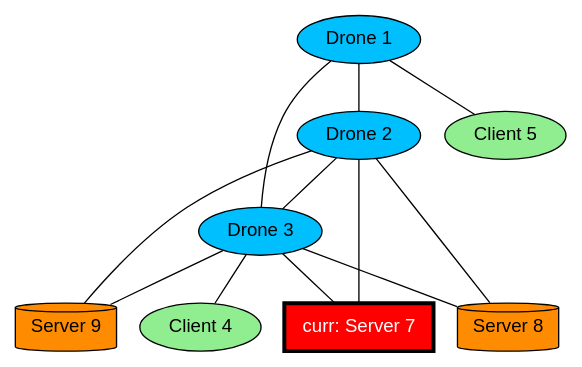
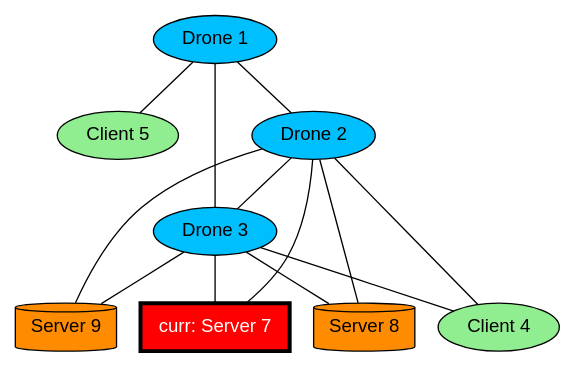
One commit to Beto-prog/Lab_progAvanzata changed the diagram in codice/network_init/grafo.dot. Above: the diagram before and after it, drawn with Graphviz. The commit also changed 2 other files, not shown here.

```diff
--- a/codice/network_init/grafo.dot
+++ b/codice/network_init/grafo.dot
@@ -1,22 +1,23 @@
 graph G {
     node [fontname=Helvetica];
+    1 [label="Drone 1", fillcolor=deepskyblue, shape=ellipse, style=filled, penwidth=1, fontcolor=black];
+    5 [label="Client 5", fillcolor=lightgreen, shape=oval, style=filled, penwidth=1, fontcolor=black];
+    7 [label="curr: Server 7", fillcolor=red, shape=box, style=filled, penwidth=3, fontcolor=white];
+    8 [label="Server 8", fillcolor=darkorange, shape=cylinder, style=filled, penwidth=1, fontcolor=black];
+    2 [label="Drone 2", fillcolor=deepskyblue, shape=ellipse, style=filled, penwidth=1, fontcolor=black];
+    4 [label="Client 4", fillcolor=lightgreen, shape=oval, style=filled, penwidth=1, fontcolor=black];
     9 [label="Server 9", fillcolor=darkorange, shape=cylinder, style=filled, penwidth=1, fontcolor=black];
-    7 [label="curr: Server 7", fillcolor=red, shape=box, style=filled, penwidth=3, fontcolor=white];
-    1 [label="Drone 1", fillcolor=deepskyblue, shape=ellipse, style=filled, penwidth=1, fontcolor=black];
     3 [label="Drone 3", fillcolor=deepskyblue, shape=ellipse, style=filled, penwidth=1, fontcolor=black];
-    8 [label="Server 8", fillcolor=darkorange, shape=cylinder, style=filled, penwidth=1, fontcolor=black];
-    4 [label="Client 4", fillcolor=lightgreen, shape=oval, style=filled, penwidth=1, fontcolor=black];
-    5 [label="Client 5", fillcolor=lightgreen, shape=oval, style=filled, penwidth=1, fontcolor=black];
-    2 [label="Drone 2", fillcolor=deepskyblue, shape=ellipse, style=filled, penwidth=1, fontcolor=black];
+    1 -- 3;
+    1 -- 5;
+    1 -- 2;
+    3 -- 7;
+    2 -- 7;
+    2 -- 8;
+    3 -- 8;
+    2 -- 4;
+    2 -- 3;
     2 -- 9;
+    3 -- 4;
     3 -- 9;
-    2 -- 7;
-    3 -- 7;
-    1 -- 3;
-    1 -- 2;
-    1 -- 5;
-    2 -- 3;
-    3 -- 4;
-    3 -- 8;
-    2 -- 8;
 }
```
